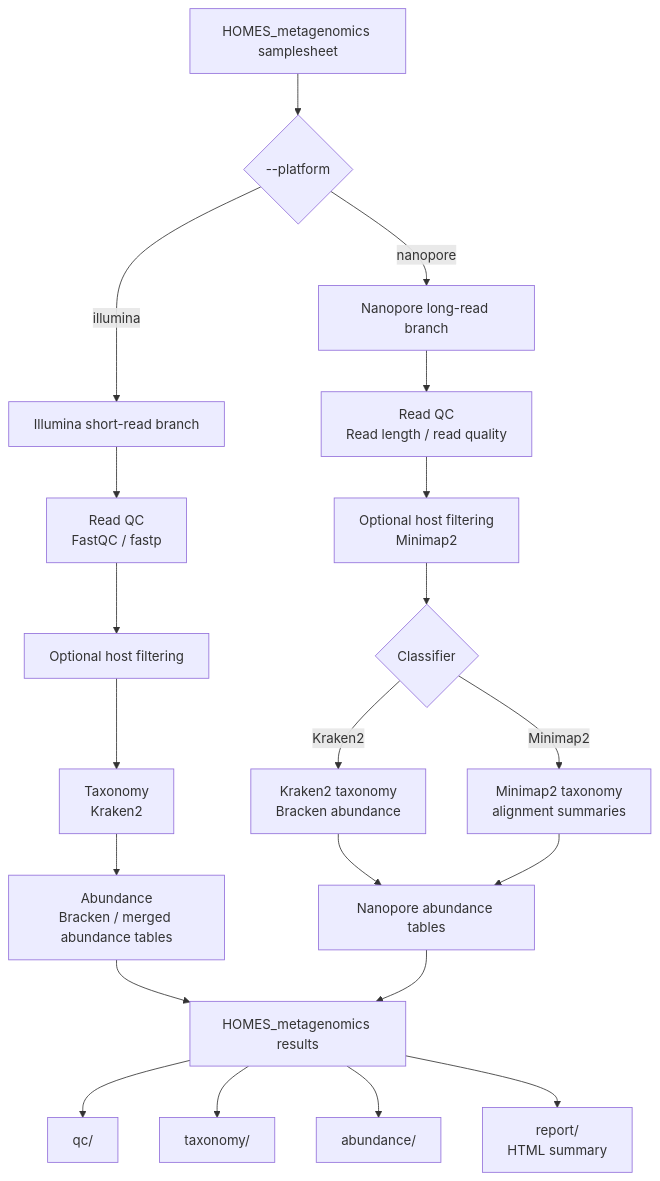
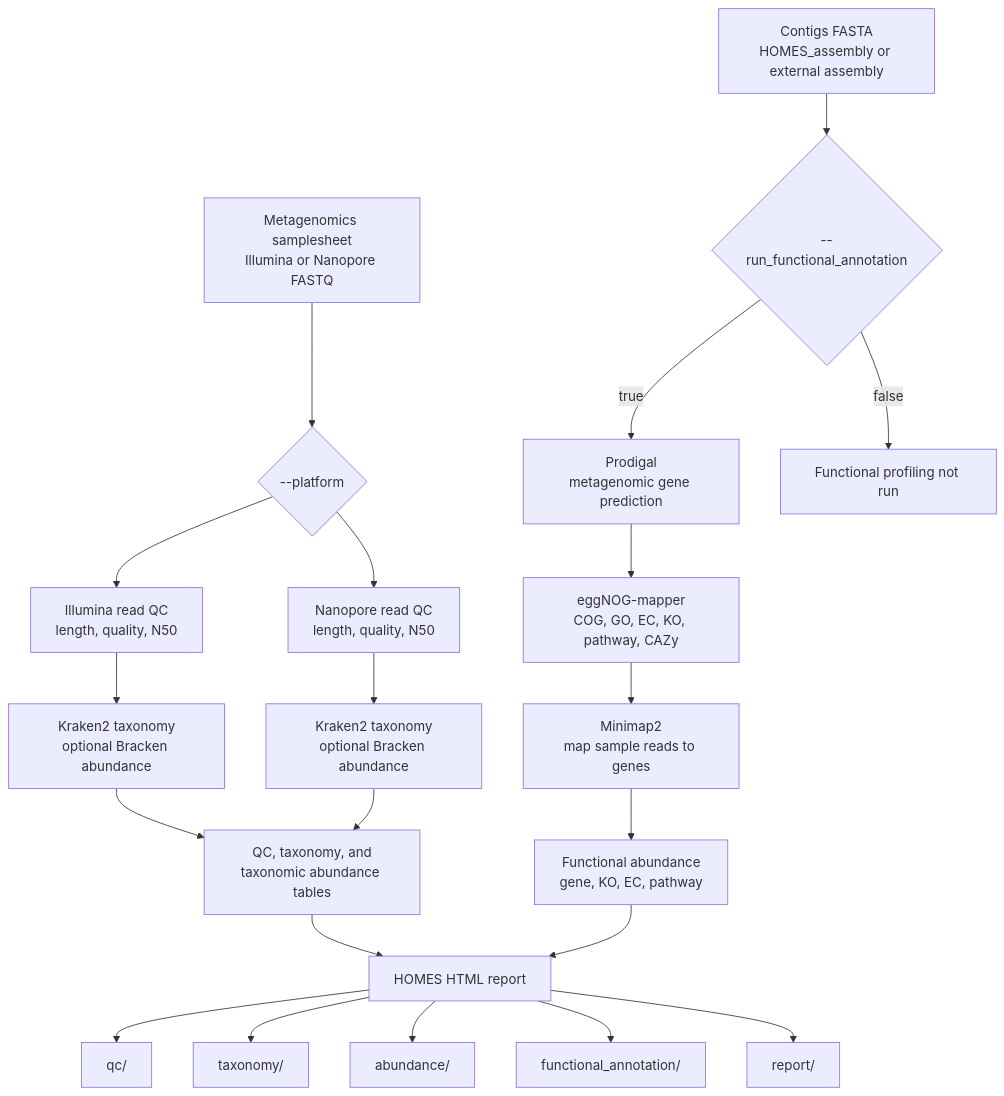
One commit to Harper19/HOMES changed the diagram in workflows/HOMES_metagenomics/figure/homes_metagenomics_workflow.mmd. Above: the diagram before and after it, drawn with Mermaid. The commit also changed 20 other files, not shown here.

Commit message:
Add metagenomics functional annotation profiling

```diff
--- a/workflows/HOMES_metagenomics/figure/homes_metagenomics_workflow.mmd
+++ b/workflows/HOMES_metagenomics/figure/homes_metagenomics_workflow.mmd
@@ -1,26 +1,23 @@
 flowchart TD
-    A["HOMES_metagenomics samplesheet"] --> B{"--platform"}
+    A["Metagenomics samplesheet<br/>Illumina or Nanopore FASTQ"] --> B{"--platform"}
+    B --> I1["Illumina read QC<br/>length, quality, N50"]
+    B --> N1["Nanopore read QC<br/>length, quality, N50"]
+    I1 --> I2["Kraken2 taxonomy<br/>optional Bracken abundance"]
+    N1 --> N2["Kraken2 taxonomy<br/>optional Bracken abundance"]
+    I2 --> O["QC, taxonomy, and<br/>taxonomic abundance tables"]
+    N2 --> O
 
-    B -->|"illumina"| I1["Illumina short-read branch"]
-    B -->|"nanopore"| N1["Nanopore long-read branch"]
+    C["Contigs FASTA<br/>HOMES_assembly or external assembly"] --> F1{"--run_functional_annotation"}
+    F1 -->|true| F2["Prodigal<br/>metagenomic gene prediction"]
+    F2 --> F3["eggNOG-mapper<br/>COG, GO, EC, KO, pathway, CAZy"]
+    F3 --> F4["Minimap2<br/>map sample reads to genes"]
+    F4 --> F5["Functional abundance<br/>gene, KO, EC, pathway"]
+    F1 -->|false| F6["Functional profiling not run"]
 
-    I1 --> I2["Read QC<br/>FastQC / fastp"]
-    I2 --> I3["Optional host filtering"]
-    I3 --> I4["Taxonomy<br/>Kraken2"]
-    I4 --> I5["Abundance<br/>Bracken / merged abundance tables"]
-
-    N1 --> N2["Read QC<br/>Read length / read quality"]
-    N2 --> N3["Optional host filtering<br/>Minimap2"]
-    N3 --> N4{"Classifier"}
-    N4 -->|"Kraken2"| N5["Kraken2 taxonomy<br/>Bracken abundance"]
-    N4 -->|"Minimap2"| N6["Minimap2 taxonomy<br/>alignment summaries"]
-    N5 --> N7["Nanopore abundance tables"]
-    N6 --> N7
-
-    I5 --> O1["HOMES_metagenomics results"]
-    N7 --> O1
-
-    O1 --> Q["qc/"]
-    O1 --> T["taxonomy/"]
-    O1 --> AB["abundance/"]
-    O1 --> R["report/<br/>HTML summary"]
+    O --> R["HOMES HTML report"]
+    F5 --> R
+    R --> Q["qc/"]
+    R --> T["taxonomy/"]
+    R --> AB["abundance/"]
+    R --> FA["functional_annotation/"]
+    R --> H["report/"]
```
